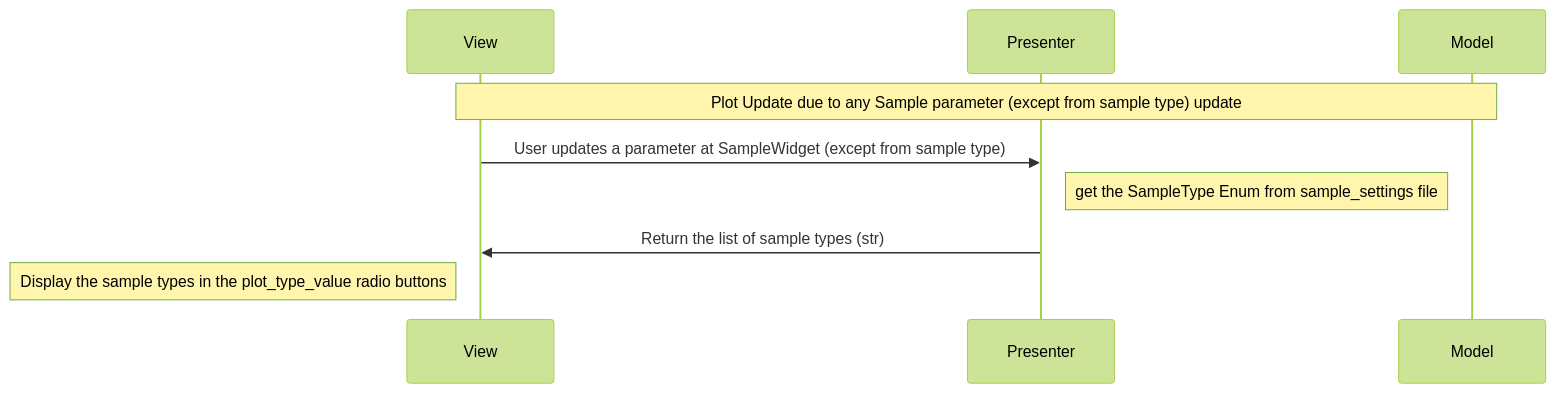
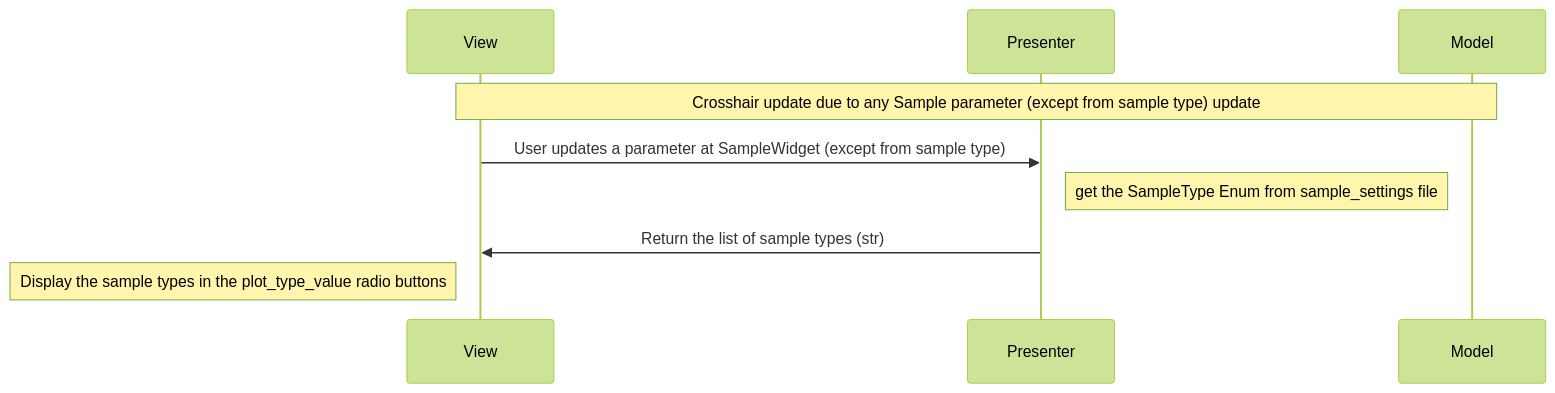
One commit to neutrons/hyspecppt changed the sixth of 9 diagrams in docs/source/design/hyspecpptclasses.rst. Above: the diagram before and after it, drawn with Mermaid (forest theme). The commit also changed other lines of this file, not shown here.

```diff
--- a/docs/source/design/hyspecpptclasses.rst
+++ b/docs/source/design/hyspecpptclasses.rst
@@ -517,12 +488,12 @@
     .. mermaid::
 
         sequenceDiagram
             participant View
             participant Presenter
             participant Model
 
-            Note over View,Model: Plot Update due to any Sample parameter (except from sample type) update
+            Note over View,Model: Crosshair update due to any Sample parameter (except from sample type) update
             View->>Presenter: User updates a parameter at SampleWidget (except from sample type)
             Note right of Presenter: get the SampleType Enum from sample_settings file
             Presenter->>View: Return the list of sample types (str)
             Note left of View: Display the sample types in the plot_type_value radio buttons
```
